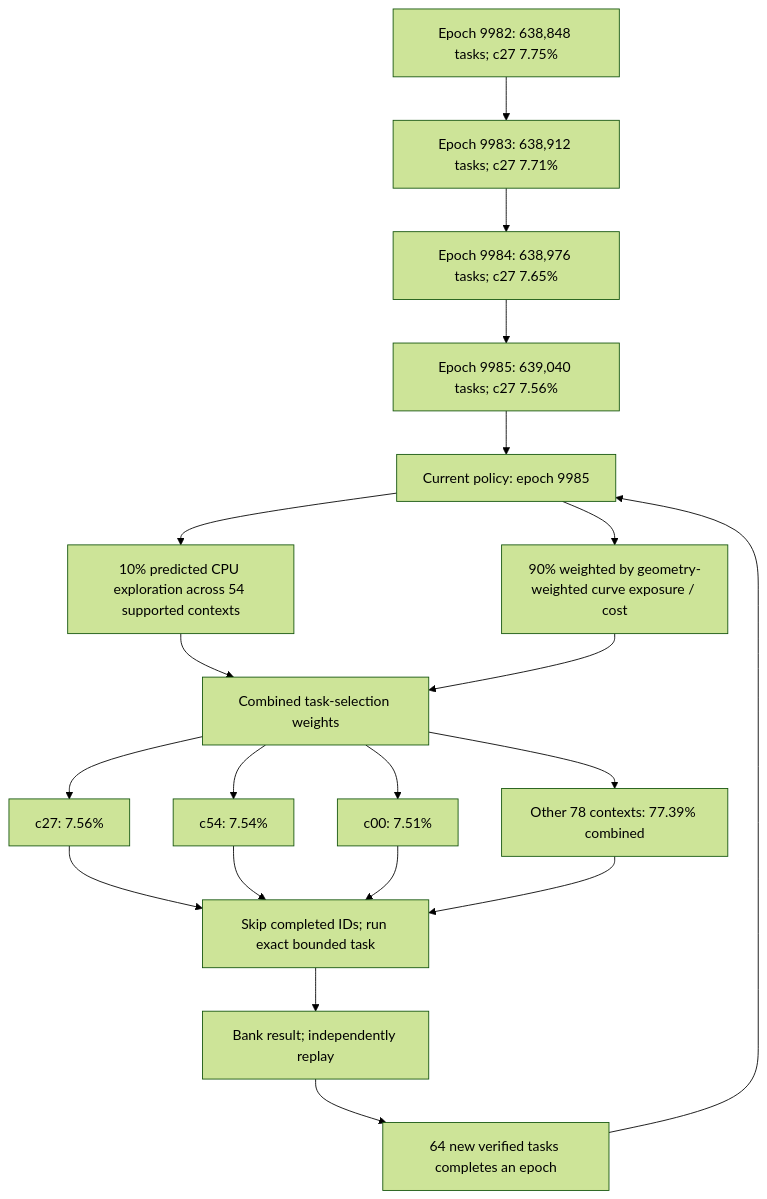
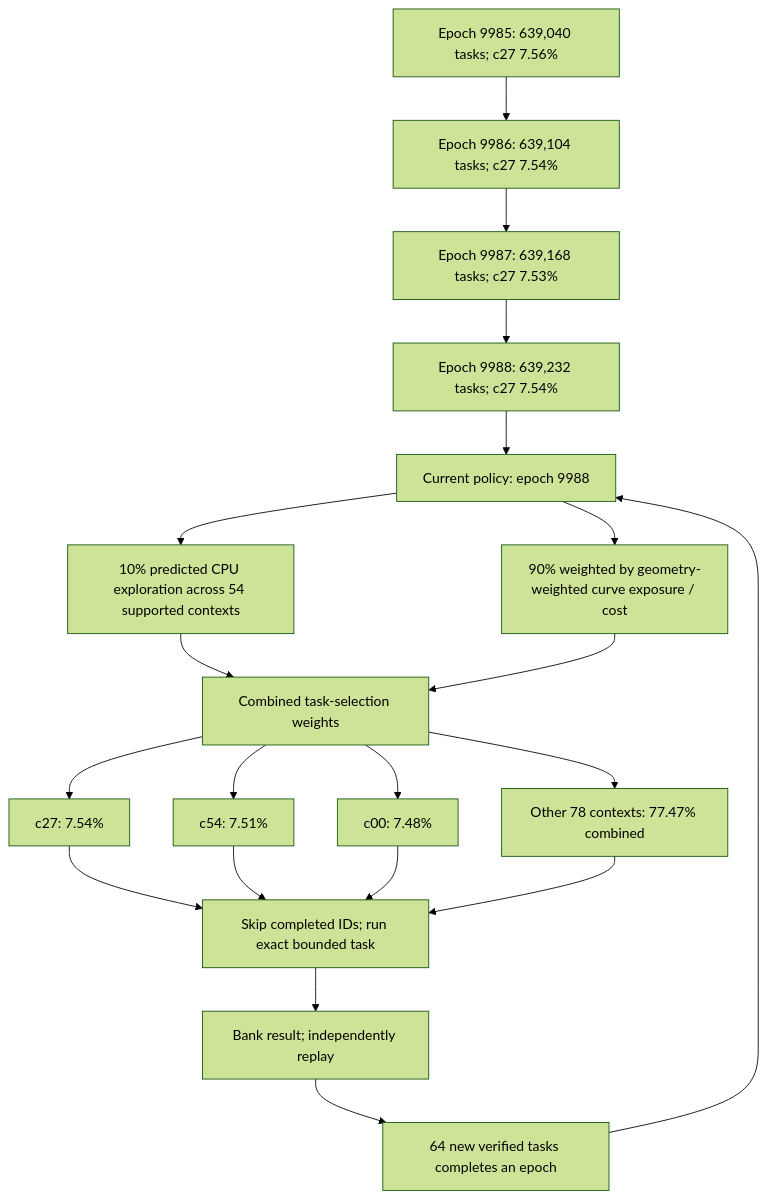
One commit to Kuberwastaken/math-gambling changed the first of 4 diagrams in README.md. Above: the diagram before and after it, drawn with Mermaid (forest theme). The commit also changed other lines of this file and 551 other files, not shown here.

````diff
--- a/README.md
+++ b/README.md
@@ -60,27 +60,27 @@
 ```mermaid
 flowchart TD
-    H0["Epoch 9982: 638,848 tasks; c27 7.75%"]
-    H1["Epoch 9983: 638,912 tasks; c27 7.71%"]
+    H0["Epoch 9985: 639,040 tasks; c27 7.56%"]
+    H1["Epoch 9986: 639,104 tasks; c27 7.54%"]
     H0 --> H1
-    H2["Epoch 9984: 638,976 tasks; c27 7.65%"]
+    H2["Epoch 9987: 639,168 tasks; c27 7.53%"]
     H1 --> H2
-    H3["Epoch 9985: 639,040 tasks; c27 7.56%"]
+    H3["Epoch 9988: 639,232 tasks; c27 7.54%"]
     H2 --> H3
-    Policy["Current policy: epoch 9985"]
+    Policy["Current policy: epoch 9988"]
     H3 --> Policy
     Policy --> Explore["10% predicted CPU exploration across 54 supported contexts"]
     Policy --> Cost["90% weighted by geometry-weighted curve exposure / cost"]
     Explore --> Mix["Combined task-selection weights"]
     Cost --> Mix
-    Mix --> C0["c27: 7.56%"]
-    Mix --> C1["c54: 7.54%"]
-    Mix --> C2["c00: 7.51%"]
-    Mix --> Rest["Other 78 contexts: 77.39% combined"]
+    Mix --> C0["c27: 7.54%"]
+    Mix --> C1["c54: 7.51%"]
+    Mix --> C2["c00: 7.48%"]
+    Mix --> Rest["Other 78 contexts: 77.47% combined"]
     C0 --> Check["Skip completed IDs; run exact bounded task"]
     C1 --> Check
     C2 --> Check
     Rest --> Check
     Check --> Replay["Bank result; independently replay"]
     Replay --> Gate["64 new verified tasks completes an epoch"]
     Gate --> Policy
 ```
````
